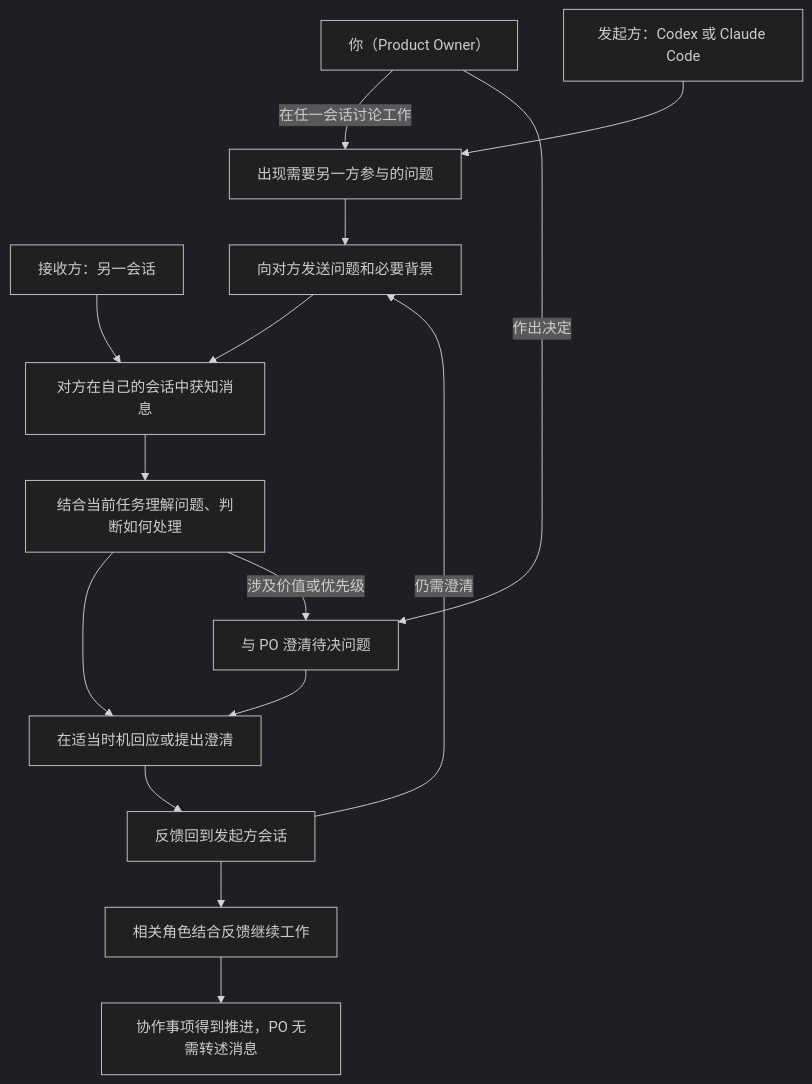
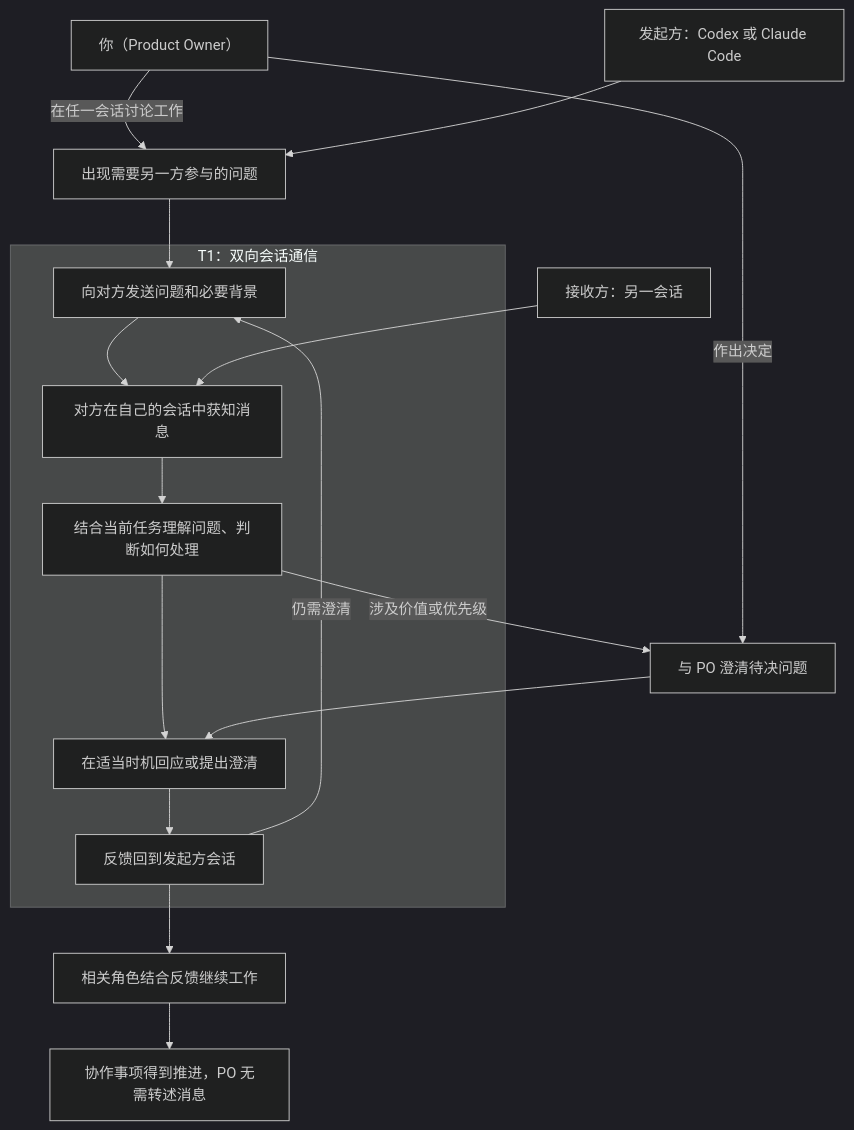
The diagram in IDEO/DesignMap.md (seapawn1/ClaudeToCodex), drawn with Mermaid (dark theme) before and after one commit. The commit also changed other lines of this file and 2 other files, not shown here.

Commit message:
docs: define communication target and focused HMW questions

````diff
--- a/IDEO/DesignMap.md
+++ b/IDEO/DesignMap.md
@@ -37,21 +37,26 @@
 ```mermaid
 flowchart TD
     PO["你（Product Owner）"]
     Sender["发起方：Codex 或 Claude Code"]
     Receiver["接收方：另一会话"]
 
+    subgraph T1["T1：双向会话通信"]
+        B["向对方发送问题和必要背景"]
+        C["对方在自己的会话中获知消息"]
+        D["结合当前任务理解问题、判断如何处理"]
+        F["在适当时机回应或提出澄清"]
+        G["反馈回到发起方会话"]
+        B --> C --> D --> F --> G
+        G -->|仍需澄清| B
+    end
+
     PO -->|在任一会话讨论工作| A["出现需要另一方参与的问题"]
     Sender --> A
-    A --> B["向对方发送问题和必要背景"]
-    B --> C["对方在自己的会话中获知消息"]
+    A --> B
     Receiver --> C
-    C --> D["结合当前任务理解问题、判断如何处理"]
-    D --> F["在适当时机回应或提出澄清"]
     D -->|涉及价值或优先级| E["与 PO 澄清待决问题"]
     PO -->|作出决定| E
     E --> F
-    F --> G["反馈回到发起方会话"]
-    G -->|仍需澄清| B
     G --> H["相关角色结合反馈继续工作"]
     H --> I["协作事项得到推进，PO 无需转述消息"]
 ```
````
